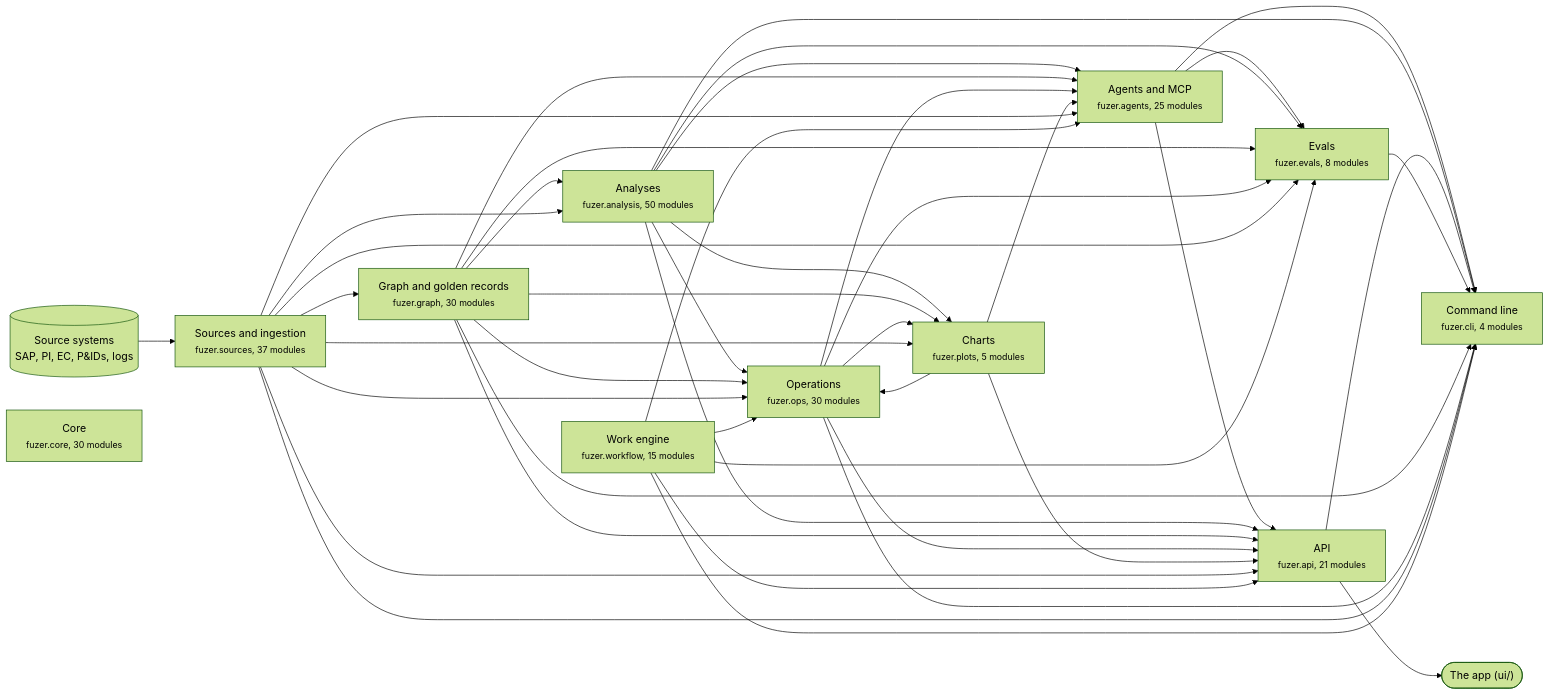
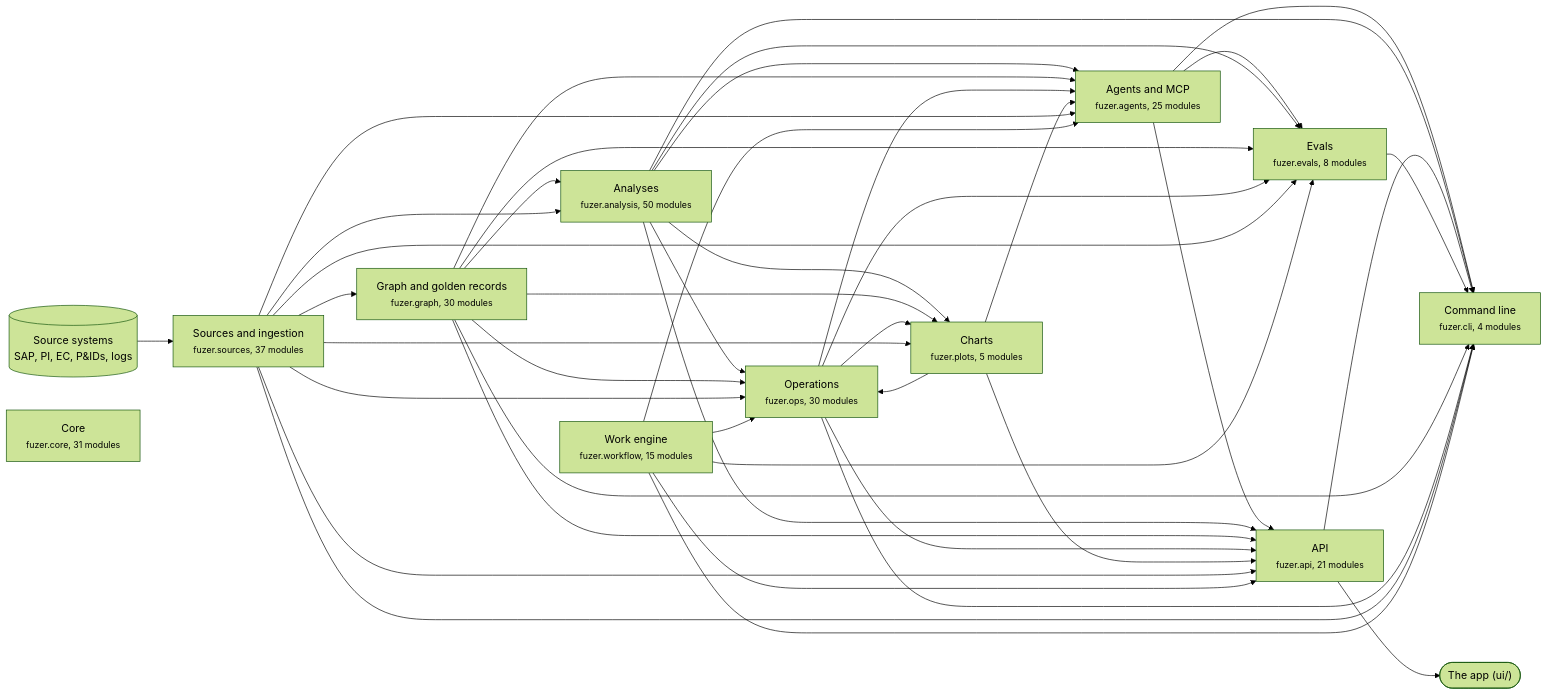
Before and after one commit to areed145/fuzer: the first of 3 diagrams in docs/architecture.md, drawn with Mermaid (forest theme). The commit also changed other lines of this file and 9 other files, not shown here.

````diff
--- a/docs/architecture.md
+++ b/docs/architecture.md
@@ -8,67 +8,67 @@
 ```mermaid
 flowchart LR
   systems[("Source systems<br>SAP, PI, EC, P&IDs, logs")] --> c_sources
   app(["The app (ui/)"])
   c_api --> app
   c_sources["Sources and ingestion<br><small>fuzer.sources, 37 modules</small>"]
   c_graph["Graph and golden records<br><small>fuzer.graph, 30 modules</small>"]
   c_analysis["Analyses<br><small>fuzer.analysis, 50 modules</small>"]
   c_ops["Operations<br><small>fuzer.ops, 30 modules</small>"]
   c_plots["Charts<br><small>fuzer.plots, 5 modules</small>"]
   c_workflow["Work engine<br><small>fuzer.workflow, 15 modules</small>"]
   c_agents["Agents and MCP<br><small>fuzer.agents, 25 modules</small>"]
   c_evals["Evals<br><small>fuzer.evals, 8 modules</small>"]
   c_api["API<br><small>fuzer.api, 21 modules</small>"]
   c_cli["Command line<br><small>fuzer.cli, 4 modules</small>"]
-  c_core["Core<br><small>fuzer.core, 30 modules</small>"]
+  c_core["Core<br><small>fuzer.core, 31 modules</small>"]
   c_sources --> c_graph
   c_graph --> c_analysis
   c_sources --> c_analysis
   c_analysis --> c_ops
   c_graph --> c_ops
   c_plots --> c_ops
   c_sources --> c_ops
   c_workflow --> c_ops
   c_analysis --> c_plots
   c_graph --> c_plots
   c_ops --> c_plots
   c_sources --> c_plots
   c_analysis --> c_agents
   c_graph --> c_agents
   c_ops --> c_agents
   c_plots --> c_agents
   c_sources --> c_agents
   c_workflow --> c_agents
   c_agents --> c_evals
   c_analysis --> c_evals
   c_graph --> c_evals
   c_ops --> c_evals
   c_sources --> c_evals
   c_workflow --> c_evals
   c_agents --> c_api
   c_analysis --> c_api
   c_graph --> c_api
   c_ops --> c_api
   c_plots --> c_api
   c_sources --> c_api
   c_workflow --> c_api
   c_agents --> c_cli
   c_analysis --> c_cli
   c_api --> c_cli
   c_evals --> c_cli
   c_graph --> c_cli
   c_ops --> c_cli
   c_sources --> c_cli
   c_workflow --> c_cli
   click c_sources "https://github.com/areed145/fuzer/tree/main/src/fuzer/sources"
   click c_graph "https://github.com/areed145/fuzer/tree/main/src/fuzer/graph"
   click c_analysis "https://github.com/areed145/fuzer/tree/main/src/fuzer/analysis"
   click c_ops "https://github.com/areed145/fuzer/tree/main/src/fuzer/ops"
   click c_plots "https://github.com/areed145/fuzer/tree/main/src/fuzer/plots"
   click c_workflow "https://github.com/areed145/fuzer/tree/main/src/fuzer/workflow"
   click c_agents "https://github.com/areed145/fuzer/tree/main/src/fuzer/agents"
   click c_evals "https://github.com/areed145/fuzer/tree/main/src/fuzer/evals"
   click c_api "https://github.com/areed145/fuzer/tree/main/src/fuzer/api"
   click c_cli "https://github.com/areed145/fuzer/tree/main/src/fuzer/cli"
   click c_core "https://github.com/areed145/fuzer/tree/main/src/fuzer/core"
 ```
````
